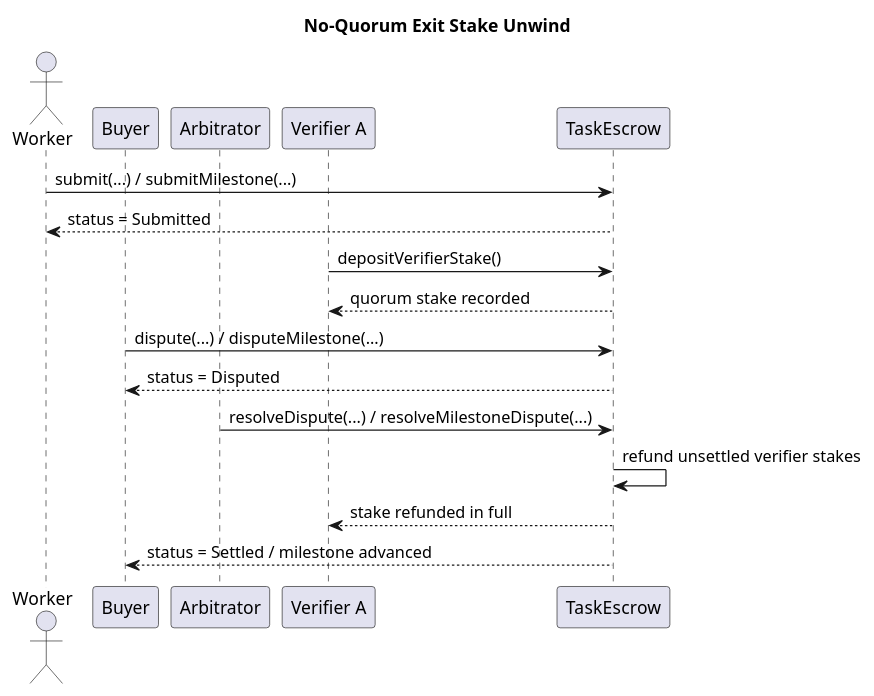
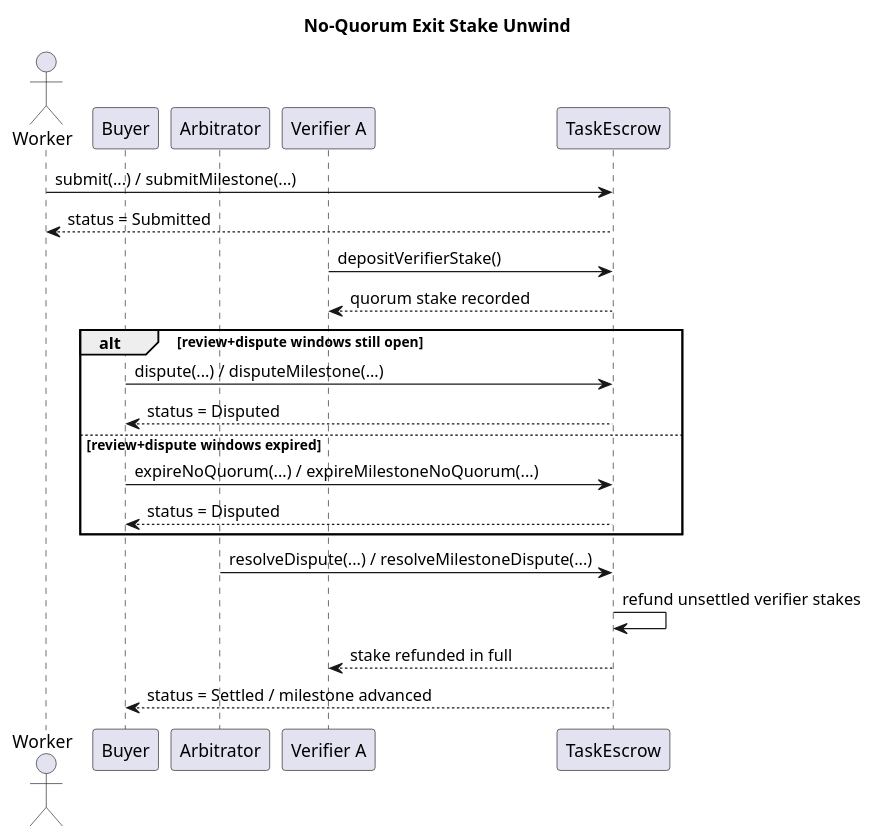
Before and after one commit to eddiefleurent/agent-escrow: the third of 3 diagrams in docs/diagrams/quorum-sequence.puml, drawn with PlantUML. The commit also changed 13 other files, not shown here.

```diff
--- a/docs/diagrams/quorum-sequence.puml
+++ b/docs/diagrams/quorum-sequence.puml
@@ -57,23 +57,28 @@
 @startuml
 title No-Quorum Exit Stake Unwind
 
 actor Worker
 participant Buyer
 participant Arbitrator
 participant "Verifier A" as VA
 participant "TaskEscrow" as Escrow
 
 Worker -> Escrow: submit(...) / submitMilestone(...)
 Escrow --> Worker: status = Submitted
 
 VA -> Escrow: depositVerifierStake()
 Escrow --> VA: quorum stake recorded
 
-Buyer -> Escrow: dispute(...) / disputeMilestone(...)
-Escrow --> Buyer: status = Disputed
+alt review+dispute windows still open
+  Buyer -> Escrow: dispute(...) / disputeMilestone(...)
+  Escrow --> Buyer: status = Disputed
+else review+dispute windows expired
+  Buyer -> Escrow: expireNoQuorum(...) / expireMilestoneNoQuorum(...)
+  Escrow --> Buyer: status = Disputed
+end
 
 Arbitrator -> Escrow: resolveDispute(...) / resolveMilestoneDispute(...)
 Escrow -> Escrow: refund unsettled verifier stakes
 Escrow --> VA: stake refunded in full
 Escrow --> Buyer: status = Settled / milestone advanced
 @enduml
```
